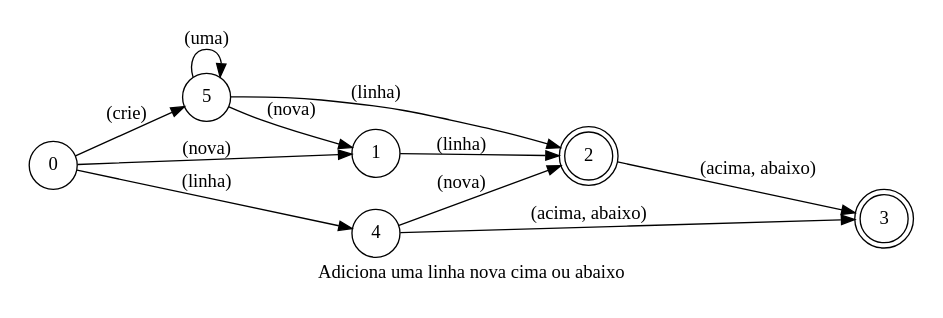
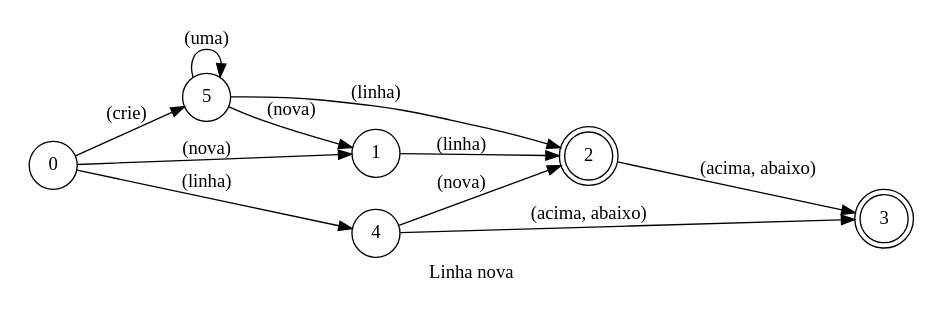
Before and after one commit to pedrooaugusto/speech-to-code: the diagram in spoken/src/modules/typescript/new_line/phrase_pt-BR.dot, drawn with Graphviz. The commit also changed 34 other files, not shown here.

```diff
--- a/spoken/src/modules/typescript/new_line/phrase_pt-BR.dot
+++ b/spoken/src/modules/typescript/new_line/phrase_pt-BR.dot
@@ -1,21 +1,21 @@
 digraph NovaLinha {
     id="new_line";
-    label="Adiciona uma linha nova cima ou abaixo";
+    label="Linha nova";
     lang="pt-BR";
     langName="Português";
     pad="0.2";
     rankdir=LR;
     node[shape=doublecircle]; 2 3;
     node[shape=circle];
 
     {0 5} -> 1 [label="(nova)"];
     {1 5} -> 2 [label="(linha)"];
     {2 4} -> 3 [label="(acima, abaixo)", store=position];
     0 -> 4 [label="(linha)"];
     0 -> 5 [label="(crie)"];
     5 -> 5 [label="(uma)"];
     4 -> 2 [label="(nova)"]
 
-    title="Cria uma linha nova";
+    title="Linha nova";
     desc="Cria uma linha nova abaixo ou acima da linha atual";
 }
```
